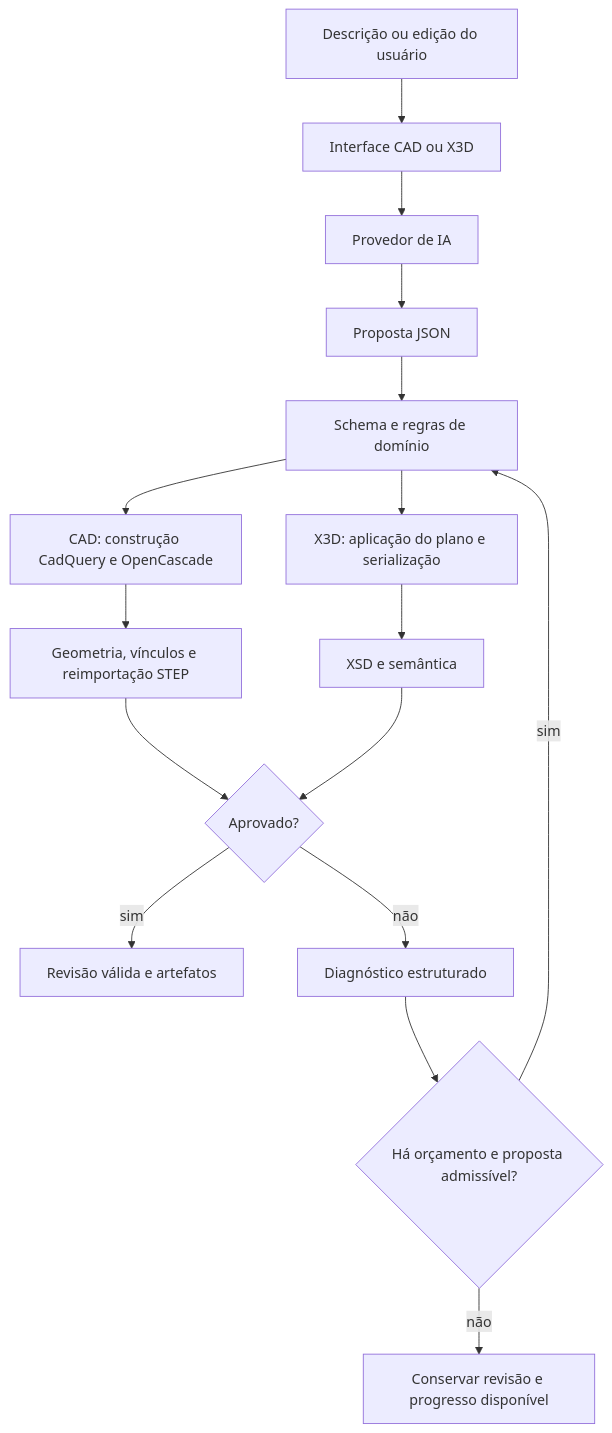
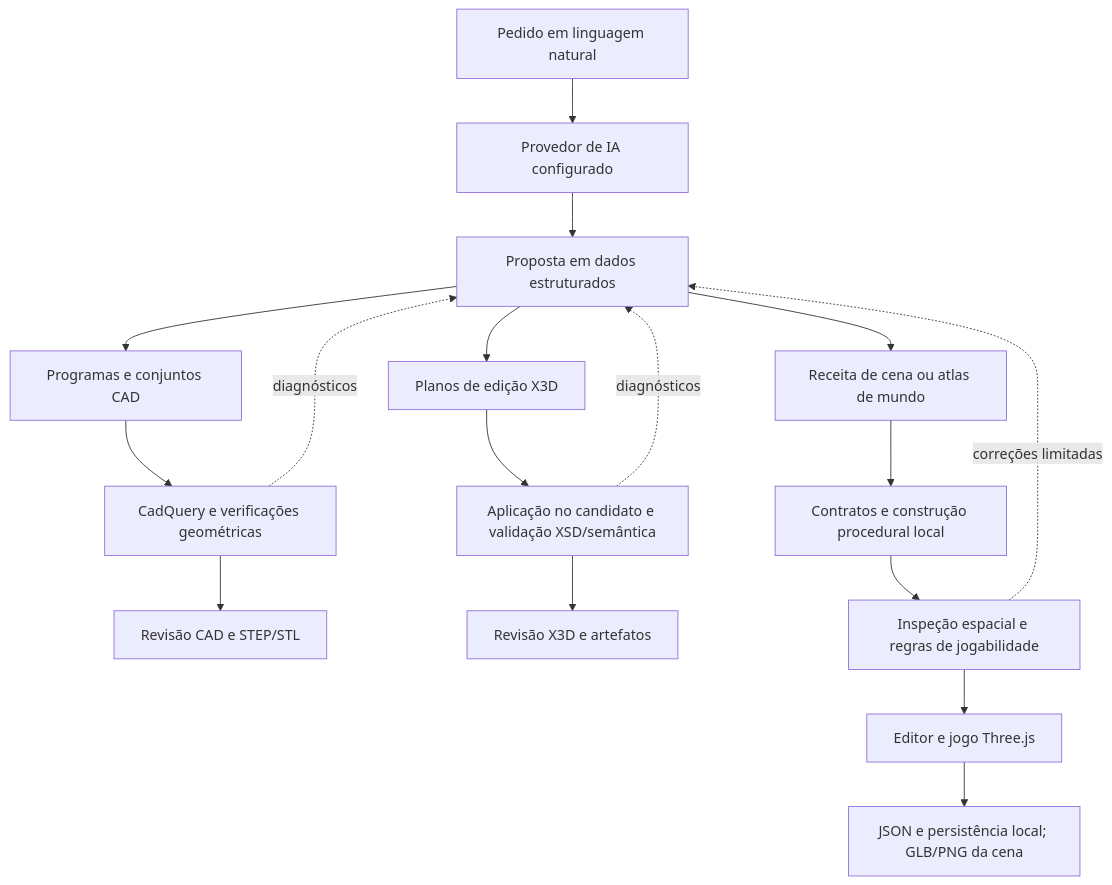
Before and after one commit to arthursantos67/MCPx3d: the diagram in ARTIGO_CIENTIFICO.md, drawn with Mermaid. The commit also changed other lines of this file and 209 other files, not shown here.

````diff
--- a/ARTIGO_CIENTIFICO.md
+++ b/ARTIGO_CIENTIFICO.md
@@ -174,18 +249,19 @@
 ```mermaid
 flowchart TD
-    U[Descrição ou edição do usuário] --> W[Interface CAD ou X3D]
-    W --> P[Provedor de IA]
-    P --> J[Proposta JSON]
-    J --> D[Schema e regras de domínio]
-    D --> C[CAD: construção CadQuery e OpenCascade]
-    D --> X[X3D: aplicação do plano e serialização]
-    C --> G[Geometria, vínculos e reimportação STEP]
-    X --> V[XSD e semântica]
-    G --> A{Aprovado?}
-    V --> A
-    A -->|sim| R[Revisão válida e artefatos]
-    A -->|não| F[Diagnóstico estruturado]
-    F --> B{Há orçamento e proposta admissível?}
-    B -->|sim| D
-    B -->|não| K[Conservar revisão e progresso disponível]
+    U[Pedido em linguagem natural] --> P[Provedor de IA configurado]
+    P --> J[Proposta em dados estruturados]
+    J --> C[Programas e conjuntos CAD]
+    J --> X[Planos de edição X3D]
+    J --> T[Receita de cena ou atlas de mundo]
+    C --> K[CadQuery e verificações geométricas]
+    K --> S[Revisão CAD e STEP/STL]
+    X --> V[Aplicação no candidato e validação XSD/semântica]
+    V --> R[Revisão X3D e artefatos]
+    T --> L[Contratos e construção procedural local]
+    L --> I[Inspeção espacial e regras de jogabilidade]
+    I --> G[Editor e jogo Three.js]
+    G --> D[JSON e persistência local; GLB/PNG da cena]
+    K -. diagnósticos .-> J
+    V -. diagnósticos .-> J
+    I -. correções limitadas .-> J
 ```
````
